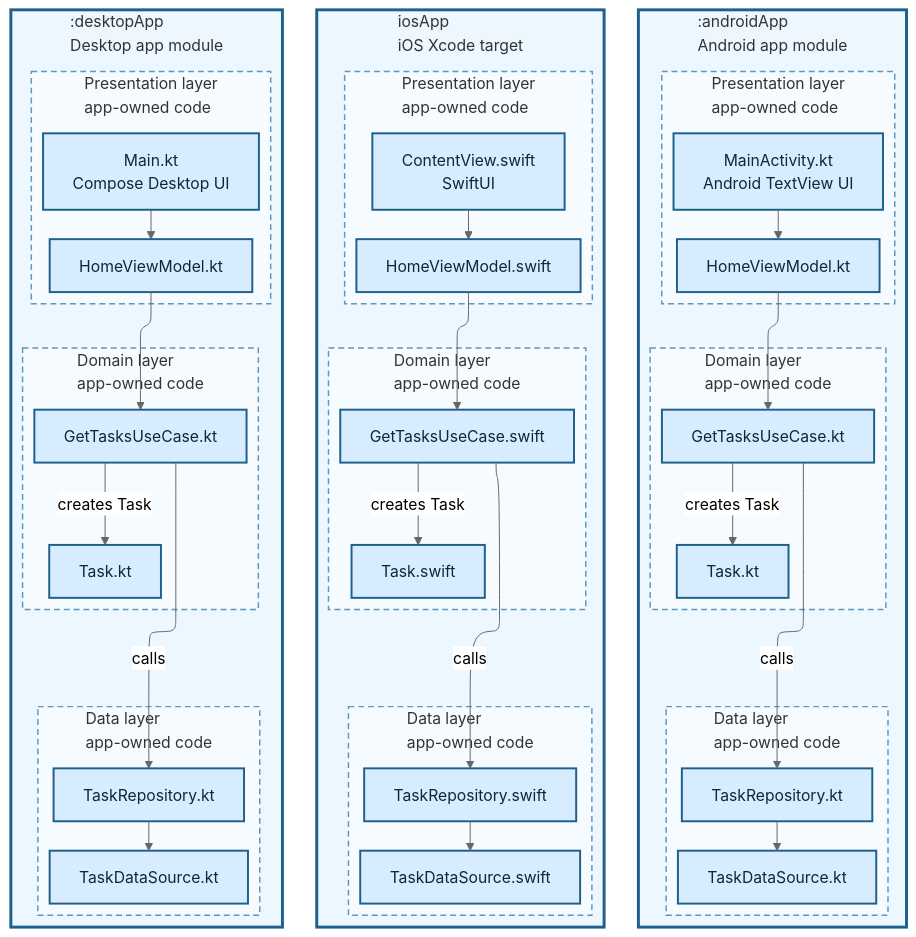
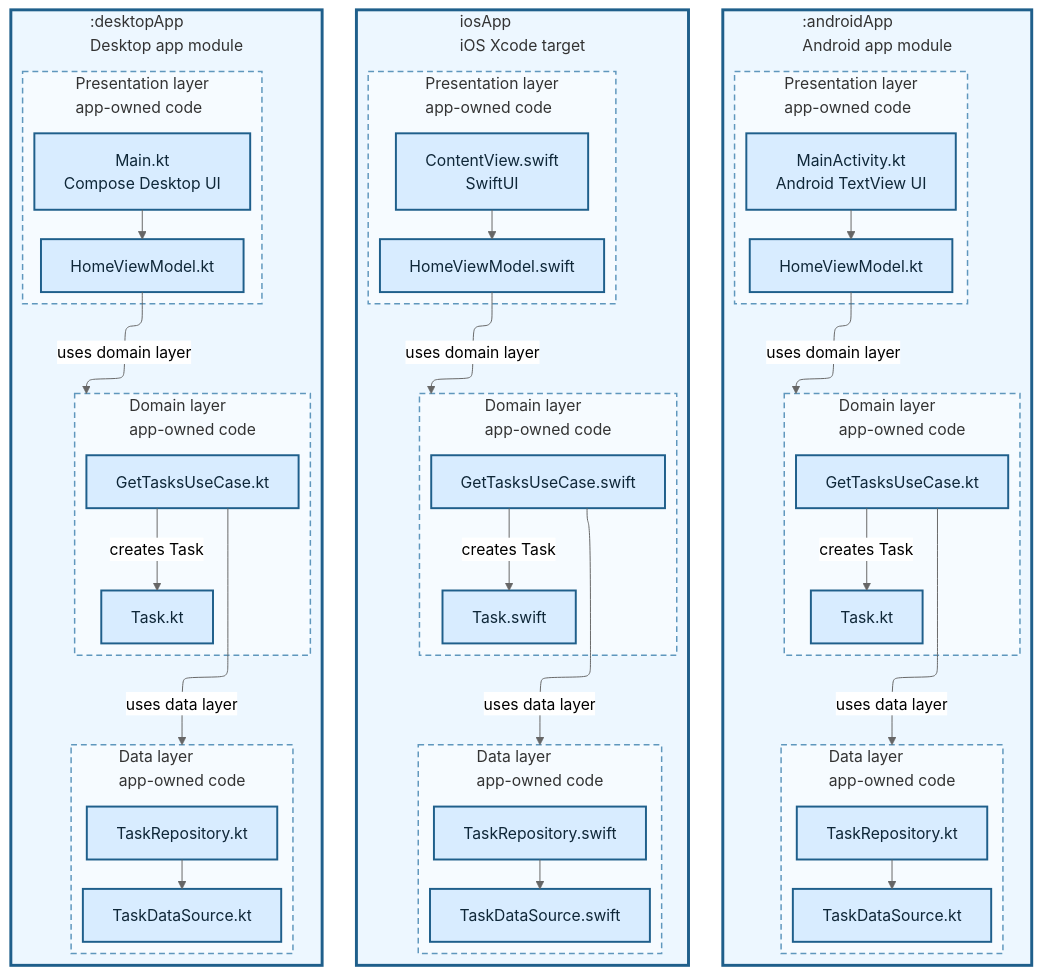
Before and after one commit to TheSetox/kmp-sample-diagrams: the diagram in diagrams/15-three-layer-native.md, drawn with Mermaid (neutral theme). The commit also changed 38 other files, not shown here.

Commit message:
docs: clarify diagram typography and routing

```diff
--- a/diagrams/15-three-layer-native.md
+++ b/diagrams/15-three-layer-native.md
@@ -27,8 +27,8 @@
       ADataSource["TaskDataSource.kt"]
       ARepository --> ADataSource
     end
-    AVM --> AUseCase
-    AUseCase -->|"calls"| ARepository
+    AVM -->|"uses domain layer"| ADomain
+    AUseCase -->|"uses data layer"| AData
   end
 
   subgraph IOS["iosApp\niOS Xcode target"]
@@ -48,8 +48,8 @@
       IDataSource["TaskDataSource.swift"]
       IRepository --> IDataSource
     end
-    IVM --> IUseCase
-    IUseCase -->|"calls"| IRepository
+    IVM -->|"uses domain layer"| IDomain
+    IUseCase -->|"uses data layer"| IData
   end
 
   subgraph Desktop[":desktopApp\nDesktop app module"]
@@ -69,8 +69,8 @@
       DDataSource["TaskDataSource.kt"]
       DRepository --> DDataSource
     end
-    DVM --> DUseCase
-    DUseCase -->|"calls"| DRepository
+    DVM -->|"uses domain layer"| DDomain
+    DUseCase -->|"uses data layer"| DData
   end
 
   classDef native fill:#d8ecff,stroke:#1f5f8b,color:#0f2738,stroke-width:2px;
```
